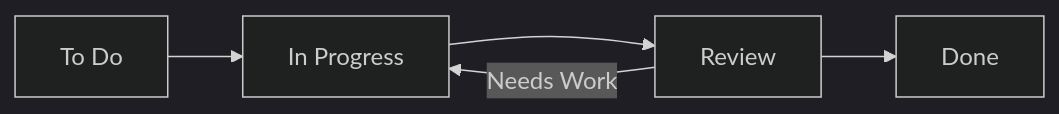
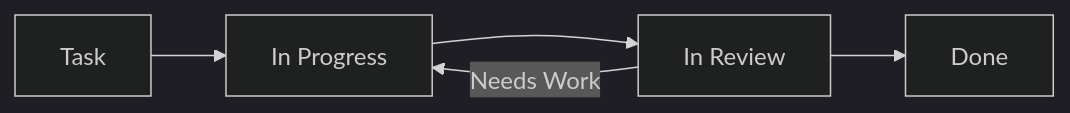
Before and after one commit to tekve/gover-docs: the second of 2 diagrams in docs/user-guide/tasks/overview.md, drawn with Mermaid (dark theme). The commit also changed other lines of this file and 40 other files, not shown here.

````diff
--- a/docs/user-guide/tasks/overview.md
+++ b/docs/user-guide/tasks/overview.md
@@ -57,7 +62,7 @@
 ```mermaid
 flowchart LR
-    A[To Do] --> B[In Progress]
-    B --> C[Review]
+    A[Task] --> B[In Progress]
+    B --> C[In Review]
     C --> D[Done]
     C -->|Needs Work| B
 ```
````
